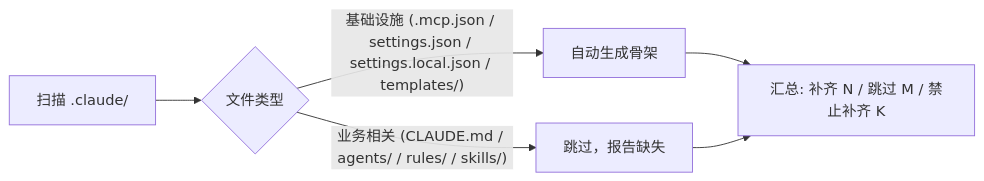
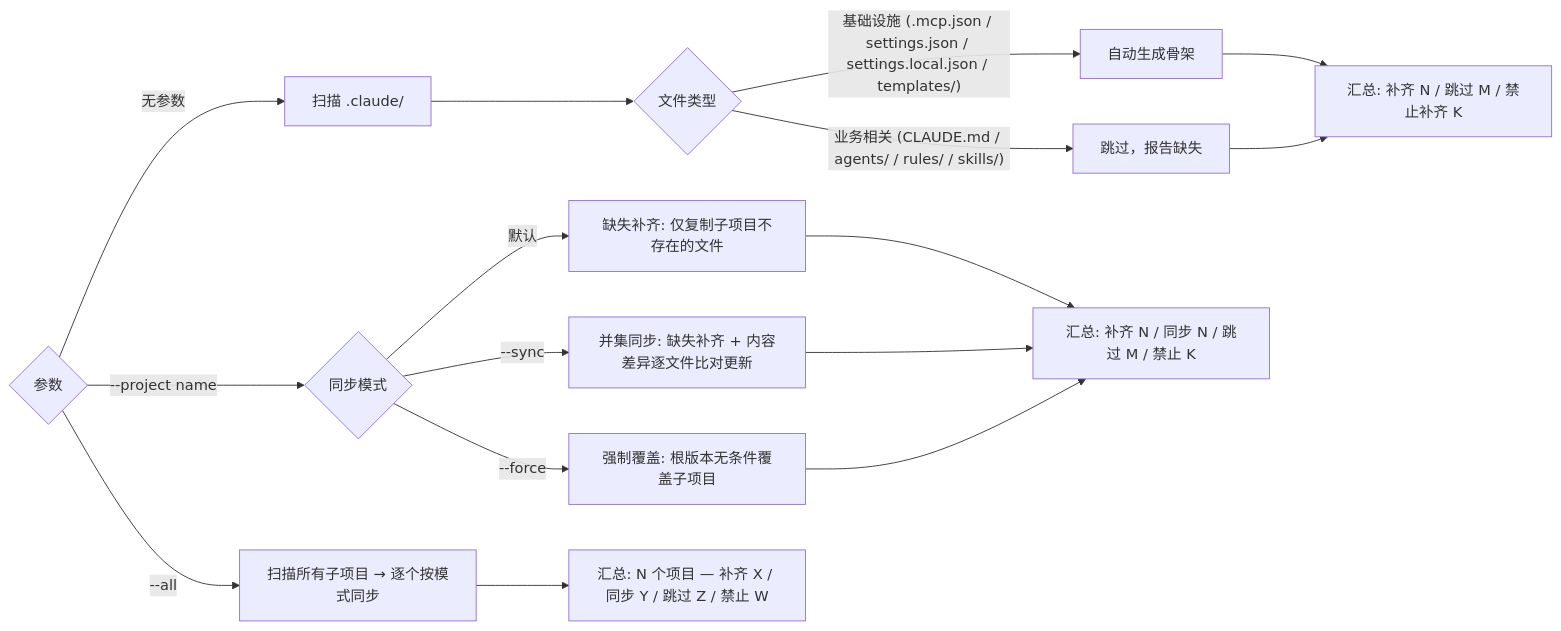
Before and after one commit to effiy/YiWeb: the fourth of 4 diagrams in .claude/skills/rui-claude/SKILL.md, drawn with Mermaid. The commit also changed other lines of this file and 37 other files, not shown here.

````diff
--- a/.claude/skills/rui-claude/SKILL.md
+++ b/.claude/skills/rui-claude/SKILL.md
@@ -79,7 +129,14 @@
 ```mermaid
 flowchart LR
-    CHECK["扫描 .claude/"] --> CLASSIFY{文件类型}
+    PARSE{参数} -->|无参数| CHECK["扫描 .claude/"] --> CLASSIFY{文件类型}
     CLASSIFY -->|"基础设施 (.mcp.json / settings.json / settings.local.json / templates/)"| FIX["自动生成骨架"]
     CLASSIFY -->|"业务相关 (CLAUDE.md / agents/ / rules/ / skills/)"| SKIP["跳过，报告缺失"]
     FIX & SKIP --> REPORT["汇总: 补齐 N / 跳过 M / 禁止补齐 K"]
+    PARSE -->|--project name| MODE{同步模式}
+    MODE -->|默认| MISSING["缺失补齐: 仅复制子项目不存在的文件"]
+    MODE -->|--sync| SYNC["并集同步: 缺失补齐 + 内容差异逐文件比对更新"]
+    MODE -->|--force| FORCE["强制覆盖: 根版本无条件覆盖子项目"]
+    MISSING & SYNC & FORCE --> REPORT2["汇总: 补齐 N / 同步 N / 跳过 M / 禁止 K"]
+    PARSE -->|--all| ALL["扫描所有子项目 → 逐个按模式同步"]
+    ALL --> REPORT3["汇总: N 个项目 — 补齐 X / 同步 Y / 跳过 Z / 禁止 W"]
 ```
````
